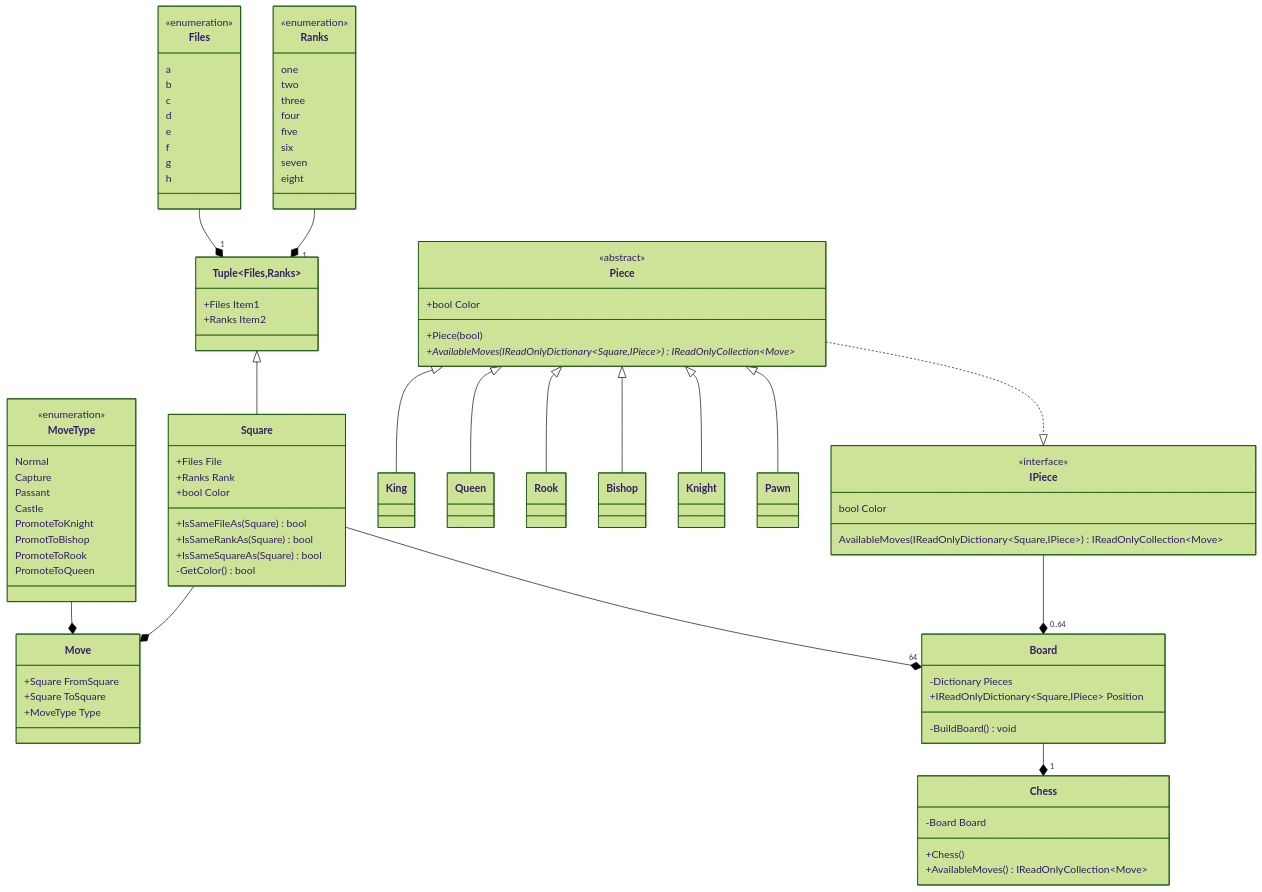
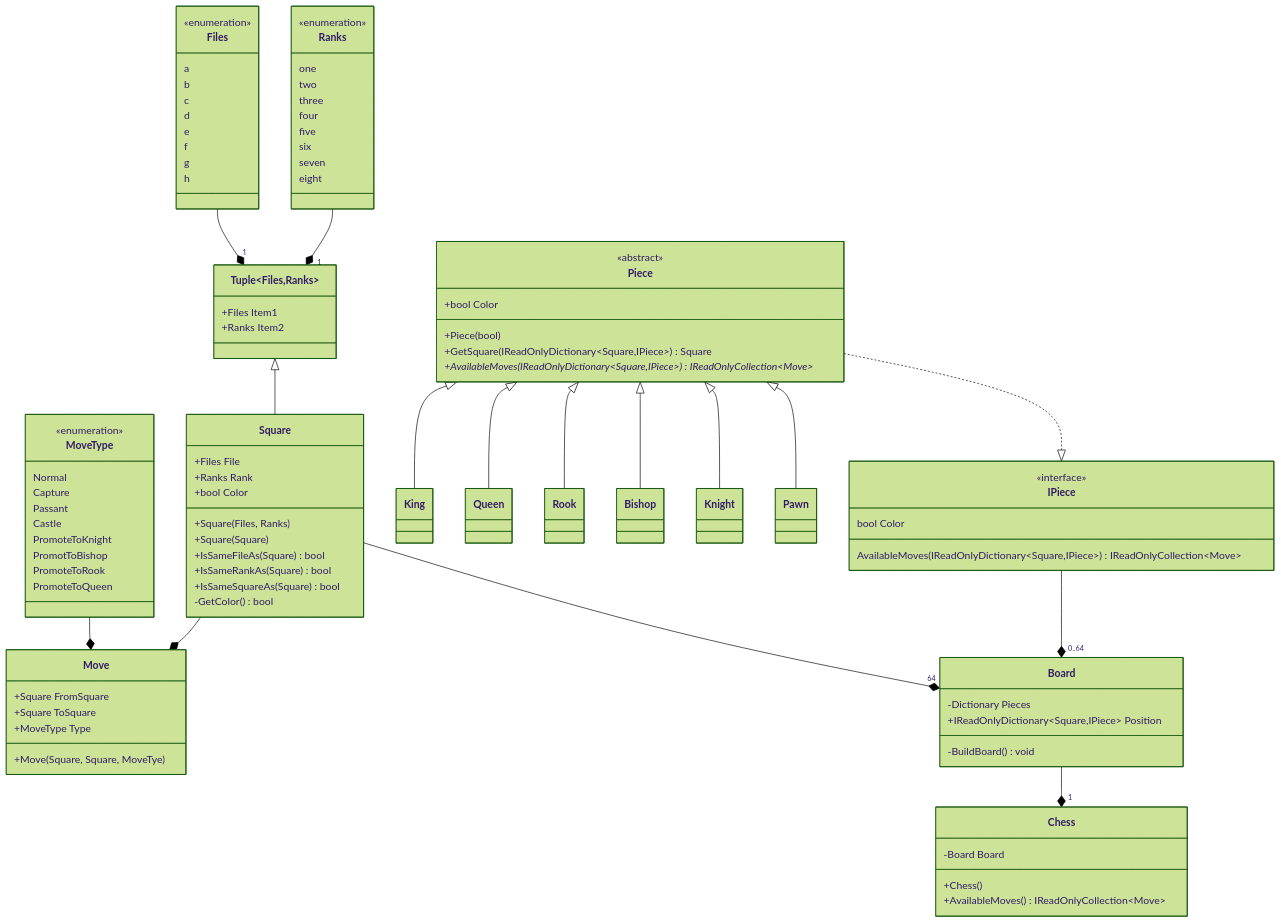
The diagram in UML Diagram/Core/Core.md (JeanLColombo/Mate), drawn with Mermaid (forest theme) before and after one commit. The commit also changed 6 other files, not shown here.

Commit message:
Added +Piece.GetSquareFrom(position).

```diff
--- a/UML Diagram/Core/Core.md
+++ b/UML Diagram/Core/Core.md
@@ -41,6 +41,8 @@
         +Files File
         +Ranks Rank
         +bool Color
+        +Square(Files, Ranks)
+        +Square(Square)
         +IsSameFileAs(Square) bool
         +IsSameRankAs(Square) bool
         +IsSameSquareAs(Square) bool
@@ -55,6 +57,7 @@
         +Square FromSquare
         +Square ToSquare
         +MoveType Type
+        +Move(Square, Square, MoveTye)
     }
     class IPiece{
         <<interface>>
@@ -65,6 +68,7 @@
         <<abstract>>
         +bool Color
         +Piece(bool)
+        +GetSquare(IReadOnlyDictionary~Square,IPiece~) Square
         +AvailableMoves(IReadOnlyDictionary~Square,IPiece~)* IReadOnlyCollection~Move~  
     }
     class Pawn{
```
